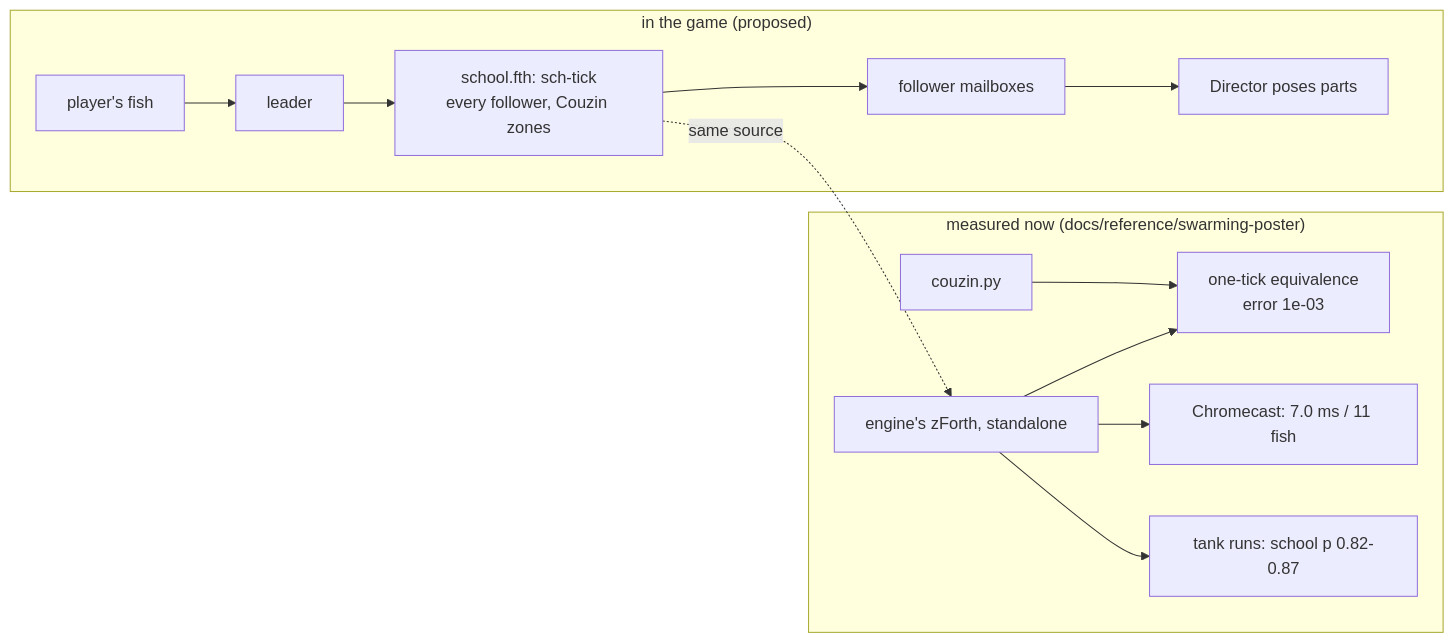
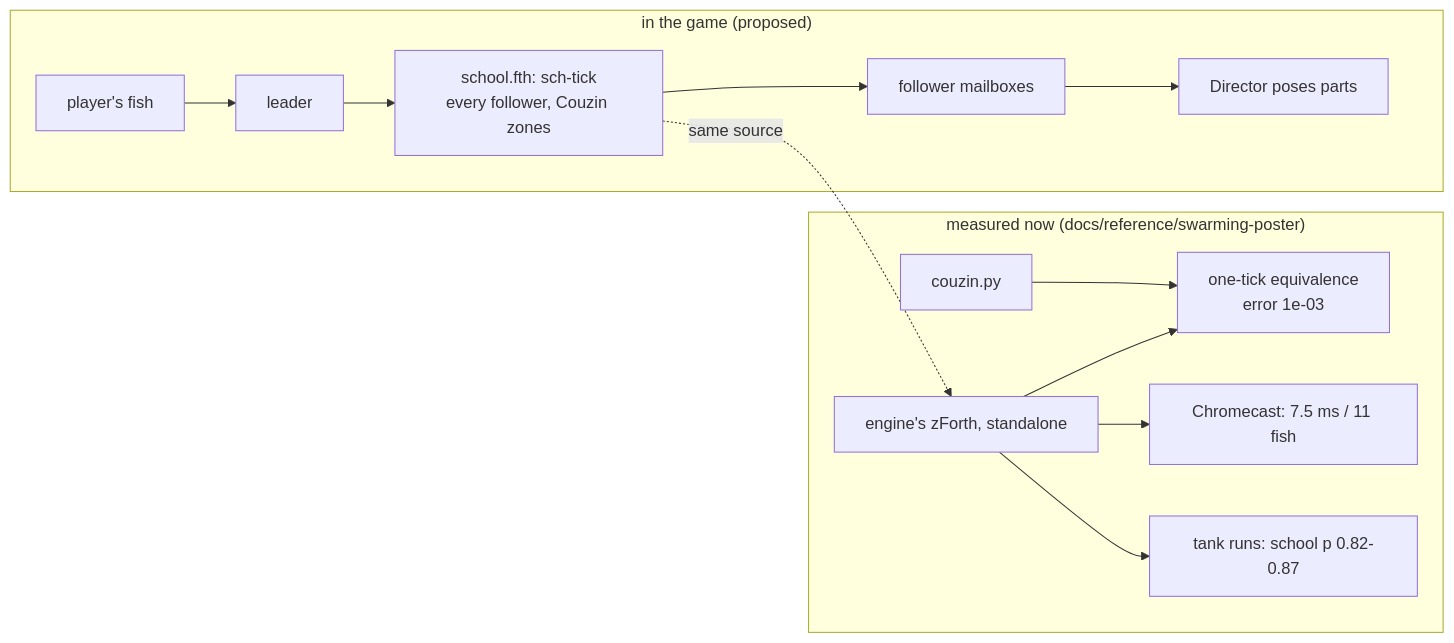
The diagram in docs/plans/2026-10-01-aquarium-schooling.md (wbniv/WorldFoundry), drawn with Mermaid before and after one commit. The commit also changed other lines of this file and 29 other files, not shown here.

````diff
--- a/docs/plans/2026-10-01-aquarium-schooling.md
+++ b/docs/plans/2026-10-01-aquarium-schooling.md
@@ -51,14 +51,14 @@
 ```mermaid
 flowchart LR
     subgraph game["in the game (proposed)"]
         P["player's fish"] --> L["leader"] --> S["school.fth: sch-tick<br/>every follower, Couzin zones"]
         S --> M["follower mailboxes"] --> D["Director poses parts"]
     end
     subgraph evidence["measured now (docs/reference/swarming-poster)"]
         C["couzin.py"] --> T["one-tick equivalence<br/>error 1e-03"]
         H["engine's zForth, standalone"] --> T
-        H --> B["Chromecast: 7.0 ms / 11 fish"]
+        H --> B["Chromecast: 7.5 ms / 11 fish"]
         H --> K["tank runs: school p 0.82-0.87"]
     end
     S -. "same source" .-> H
 ```
````
